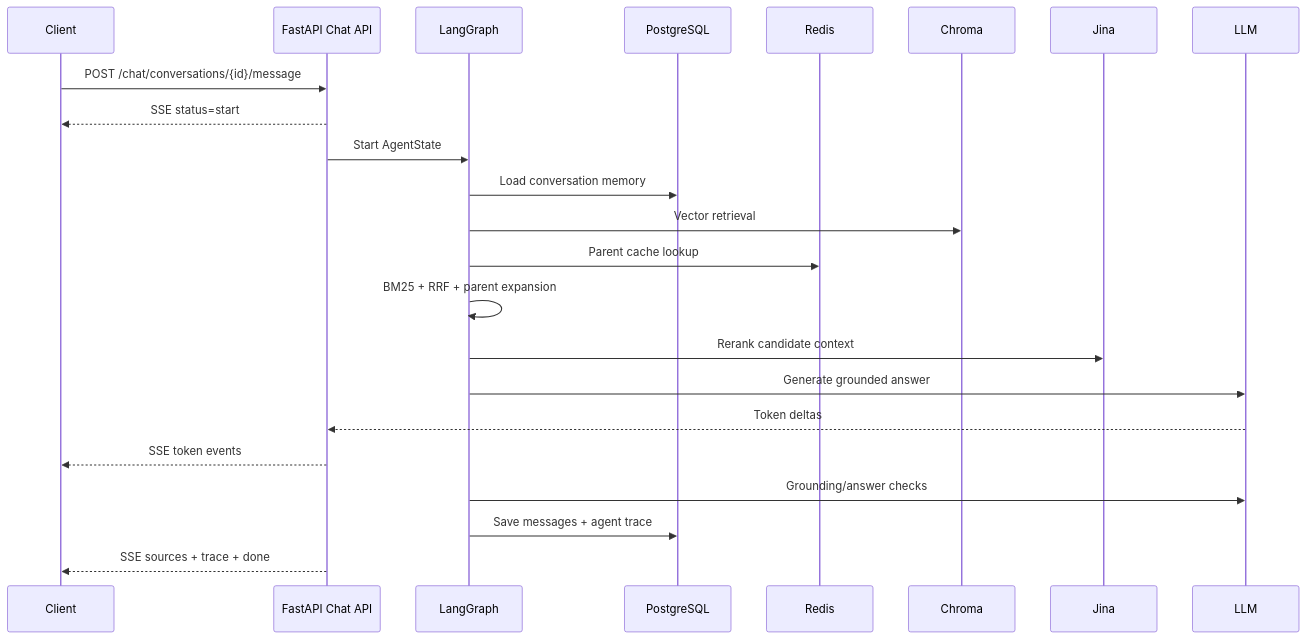
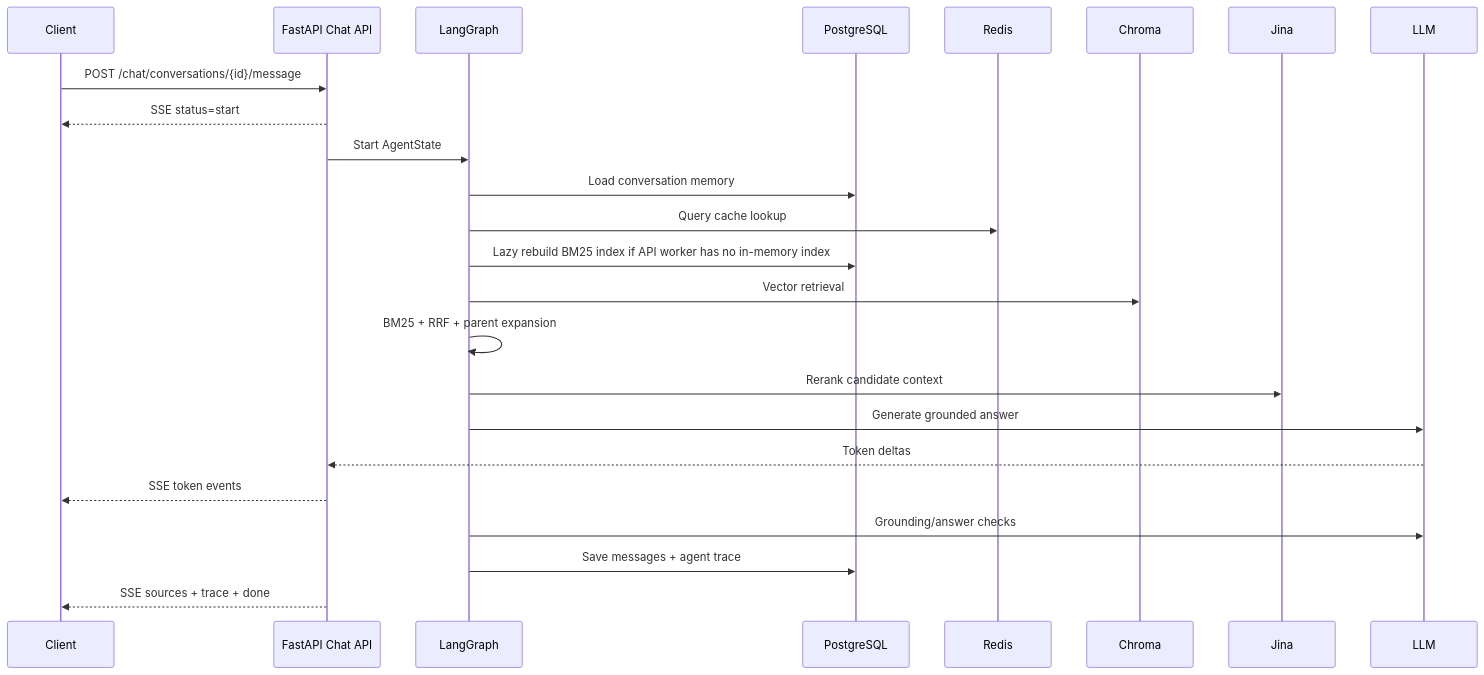
Before and after one commit to twilightt1/mindlayer: the fourth of 5 diagrams in docs/ARCHITECTURE_OVERVIEW.md, drawn with Mermaid. The commit also changed other lines of this file and 18 other files, not shown here.

Commit message:
feat: harden AI retrieval architecture

````diff
--- a/docs/ARCHITECTURE_OVERVIEW.md
+++ b/docs/ARCHITECTURE_OVERVIEW.md
@@ -105,26 +105,27 @@
 ```mermaid
 sequenceDiagram
     participant Client
     participant API as FastAPI Chat API
     participant Graph as LangGraph
     participant DB as PostgreSQL
     participant Redis
     participant Chroma
     participant Jina
     participant LLM
 
     Client->>API: POST /chat/conversations/{id}/message
     API-->>Client: SSE status=start
     API->>Graph: Start AgentState
     Graph->>DB: Load conversation memory
+    Graph->>Redis: Query cache lookup
+    Graph->>DB: Lazy rebuild BM25 index if API worker has no in-memory index
     Graph->>Chroma: Vector retrieval
-    Graph->>Redis: Parent cache lookup
     Graph->>Graph: BM25 + RRF + parent expansion
     Graph->>Jina: Rerank candidate context
     Graph->>LLM: Generate grounded answer
     LLM-->>API: Token deltas
     API-->>Client: SSE token events
     Graph->>LLM: Grounding/answer checks
     Graph->>DB: Save messages + agent trace
     API-->>Client: SSE sources + trace + done
 ```
````
